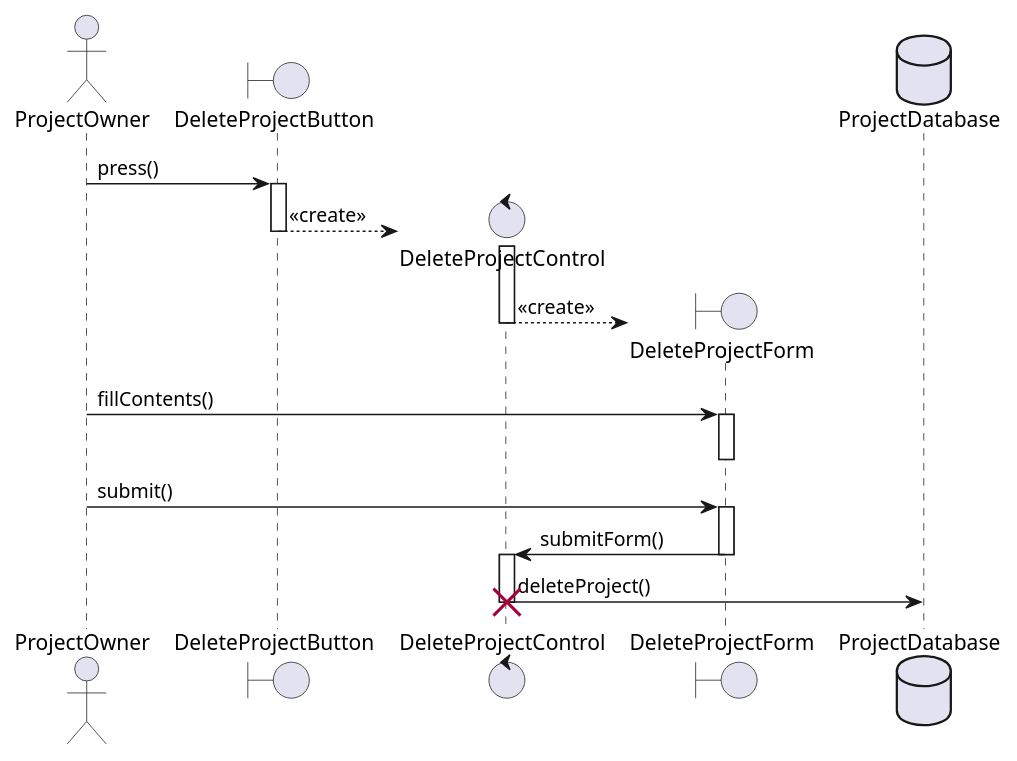
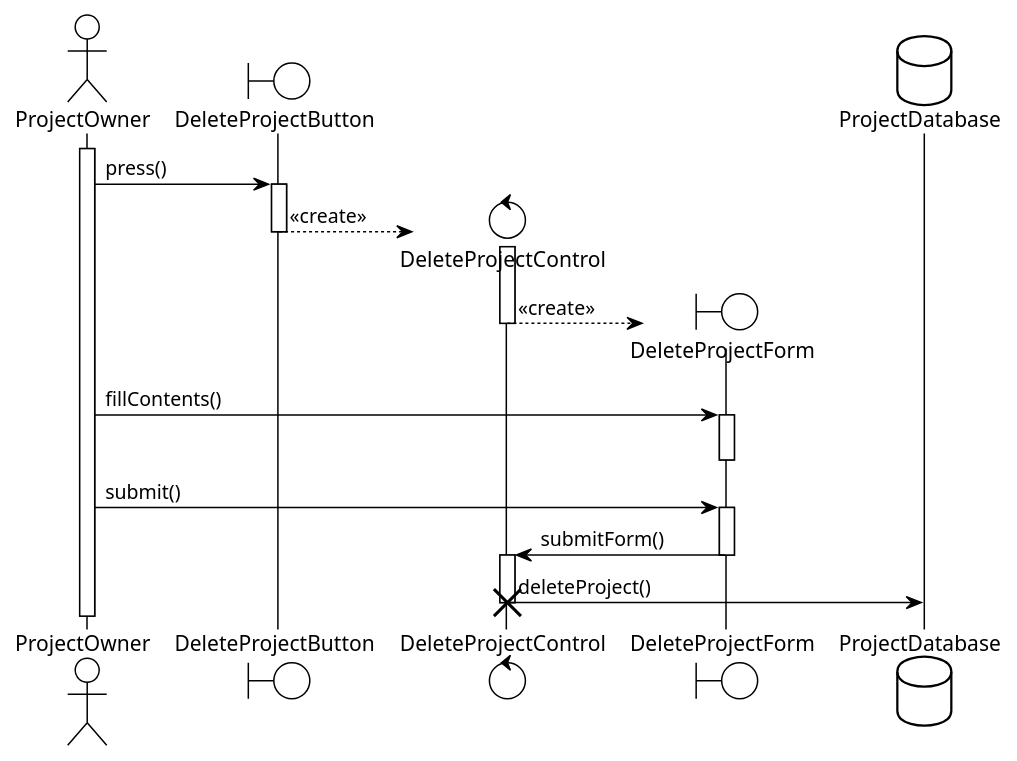
The diagram in Use case sequence diagrams/DeleteProject.puml (BlueMango10/Project-uml), drawn with PlantUML before and after one commit. The commit also changed 2 other files, not shown here.

Commit message:
Changed theme and made ProjectOwner alive

```diff
--- a/Use case sequence diagrams/DeleteProject.puml
+++ b/Use case sequence diagrams/DeleteProject.puml
@@ -1,33 +1,36 @@
 @startuml DeleteProject
+!theme plain
 actor ProjectOwner as PO
 boundary DeleteProjectButton as DPB
 control DeleteProjectControl as DPC
 boundary DeleteProjectForm as DPF
 database ProjectDatabase as PD
+
+activate PO
 
 PO -> DPB : press()
 activate DPB
 
 create DPC
 DPB --> DPC : <<create>>
 deactivate DPB
 activate DPC
 
 create DPF
 DPC --> DPF : <<create>>
 deactivate DPC
 
 PO -> DPF : fillContents()
 activate DPF
 deactivate DPF
 
 PO -> DPF : submit()
 activate DPF
 
 DPF -> DPC : submitForm()
 deactivate DPF
 activate DPC
 
 DPC -> PD : deleteProject()
 destroy DPC
 @enduml
```
